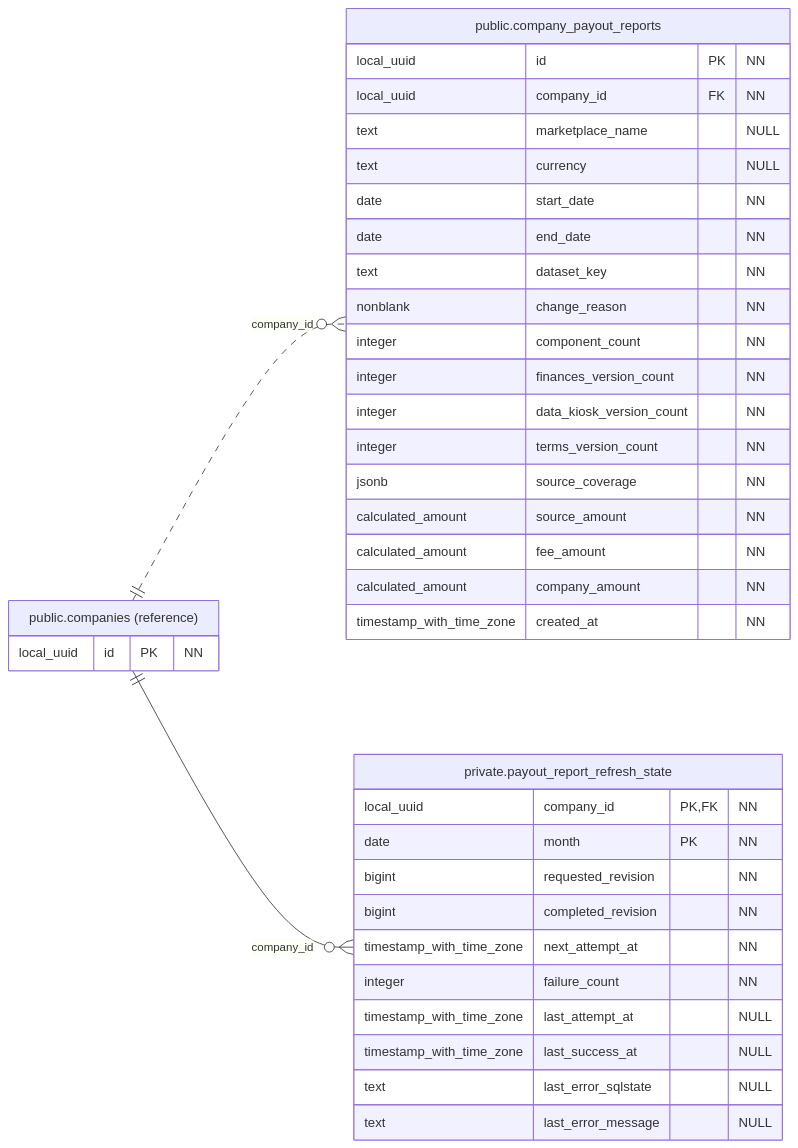
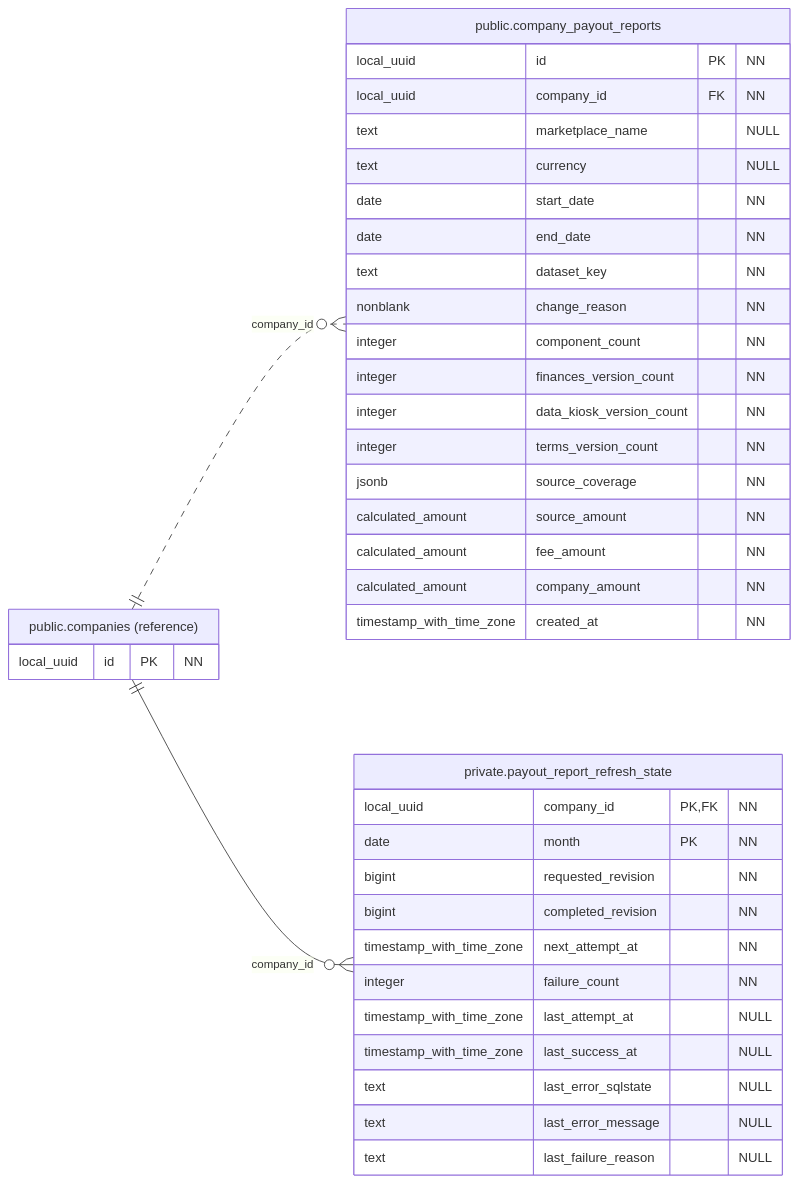
One commit to qwercxzsda/A-SelBox changed the diagram in docs/figures/database/06-payout-results.mmd. Above: the diagram before and after it, drawn with Mermaid. The commit also changed 113 other files, not shown here.

```diff
--- a/docs/figures/database/06-payout-results.mmd
+++ b/docs/figures/database/06-payout-results.mmd
@@ -1,41 +1,42 @@
 erDiagram
     direction LR
     public_companies ||..o{ public_company_payout_reports : "company_id"
     public_companies ||--o{ private_payout_report_refresh_state : "company_id"
 
     public_company_payout_reports["public.company_payout_reports"] {
         local_uuid id PK "NN"
         local_uuid company_id FK "NN"
         text marketplace_name "NULL"
         text currency "NULL"
         date start_date "NN"
         date end_date "NN"
         text dataset_key "NN"
         nonblank change_reason "NN"
         integer component_count "NN"
         integer finances_version_count "NN"
         integer data_kiosk_version_count "NN"
         integer terms_version_count "NN"
         jsonb source_coverage "NN"
         calculated_amount source_amount "NN"
         calculated_amount fee_amount "NN"
         calculated_amount company_amount "NN"
         timestamp_with_time_zone created_at "NN"
     }
 
     private_payout_report_refresh_state["private.payout_report_refresh_state"] {
         local_uuid company_id PK, FK "NN"
         date month PK "NN"
         bigint requested_revision "NN"
         bigint completed_revision "NN"
         timestamp_with_time_zone next_attempt_at "NN"
         integer failure_count "NN"
         timestamp_with_time_zone last_attempt_at "NULL"
         timestamp_with_time_zone last_success_at "NULL"
         text last_error_sqlstate "NULL"
         text last_error_message "NULL"
+        text last_failure_reason "NULL"
     }
 
     public_companies["public.companies (reference)"] {
         local_uuid id PK "NN"
     }
```
